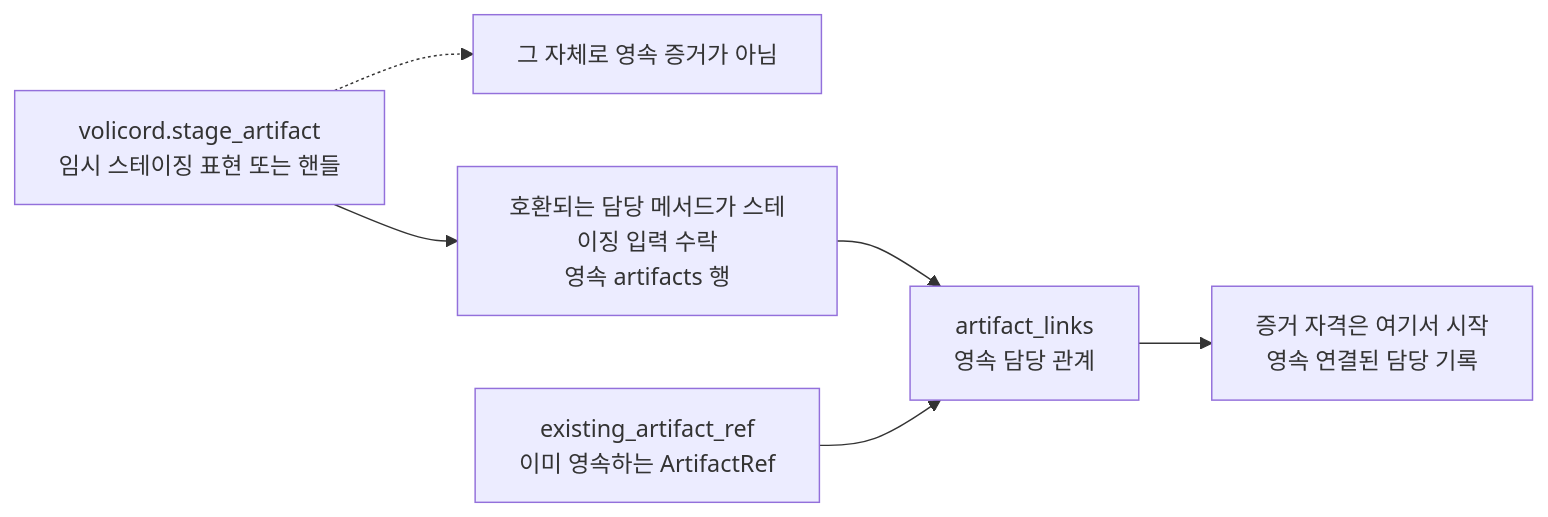
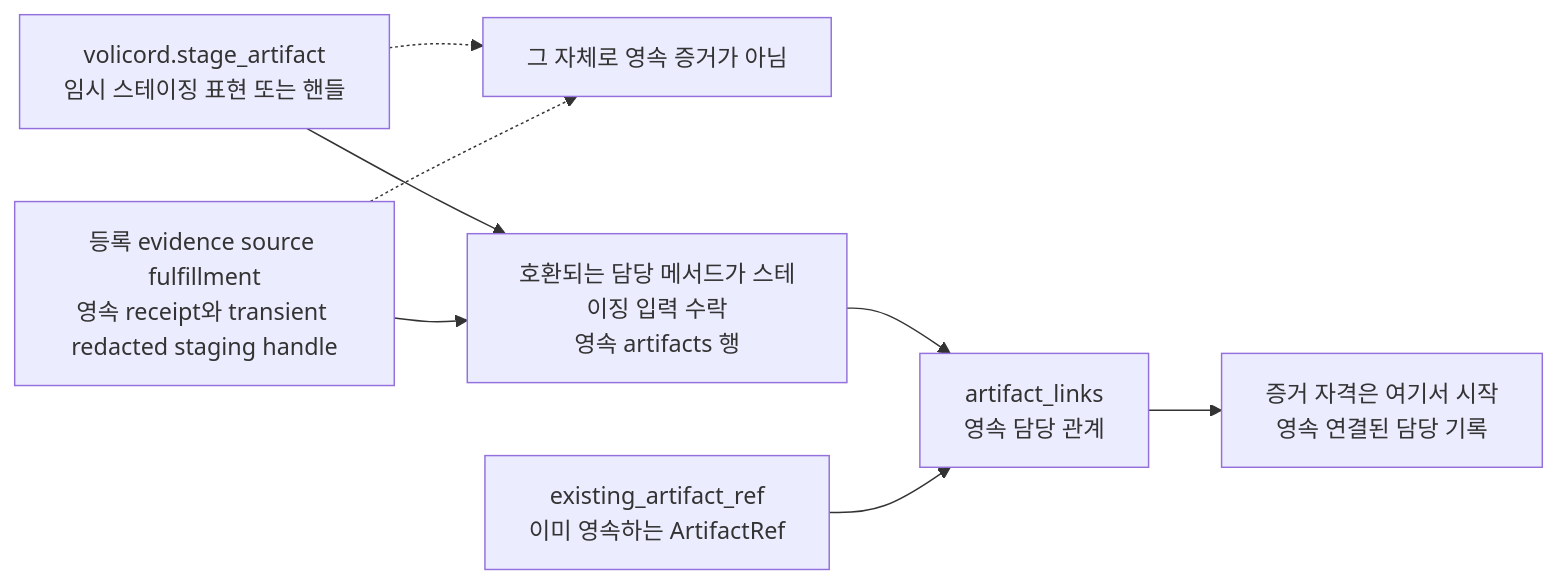
The diagram in docs/ko/reference/storage-artifacts.md (minjungw00/Volicord), drawn with Mermaid before and after one commit. The commit also changed other lines of this file and 81 other files, not shown here.

Commit message:
feat(evidence): add authority-owned capture producers

````diff
--- a/docs/ko/reference/storage-artifacts.md
+++ b/docs/ko/reference/storage-artifacts.md
@@ -37,13 +37,16 @@
 ```mermaid
 flowchart LR
   Stage["volicord.stage_artifact<br/>임시 스테이징 표현 또는 핸들"]
+  CaptureStage["등록 evidence source fulfillment<br/>영속 receipt와 transient redacted staging handle"]
   NoEvidence["그 자체로 영속 증거가 아님"]
   Promote["호환되는 담당 메서드가 스테이징 입력 수락<br/>영속 artifacts 행"]
   Link["artifact_links<br/>영속 담당 관계"]
   Evidence["증거 자격은 여기서 시작<br/>영속 연결된 담당 기록"]
   Reuse["existing_artifact_ref<br/>이미 영속하는 ArtifactRef"]
 
   Stage --> Promote --> Link --> Evidence
+  CaptureStage --> Promote
   Stage -.-> NoEvidence
+  CaptureStage -.-> NoEvidence
   Reuse --> Link
 ```
````
